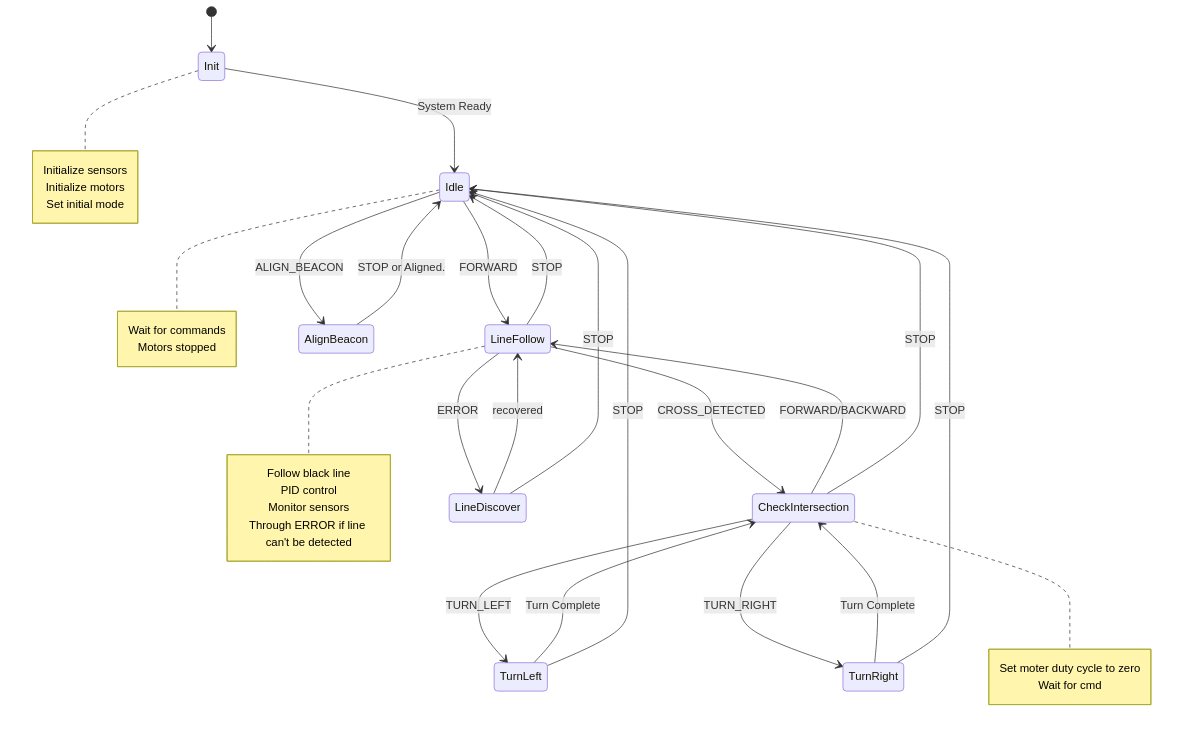
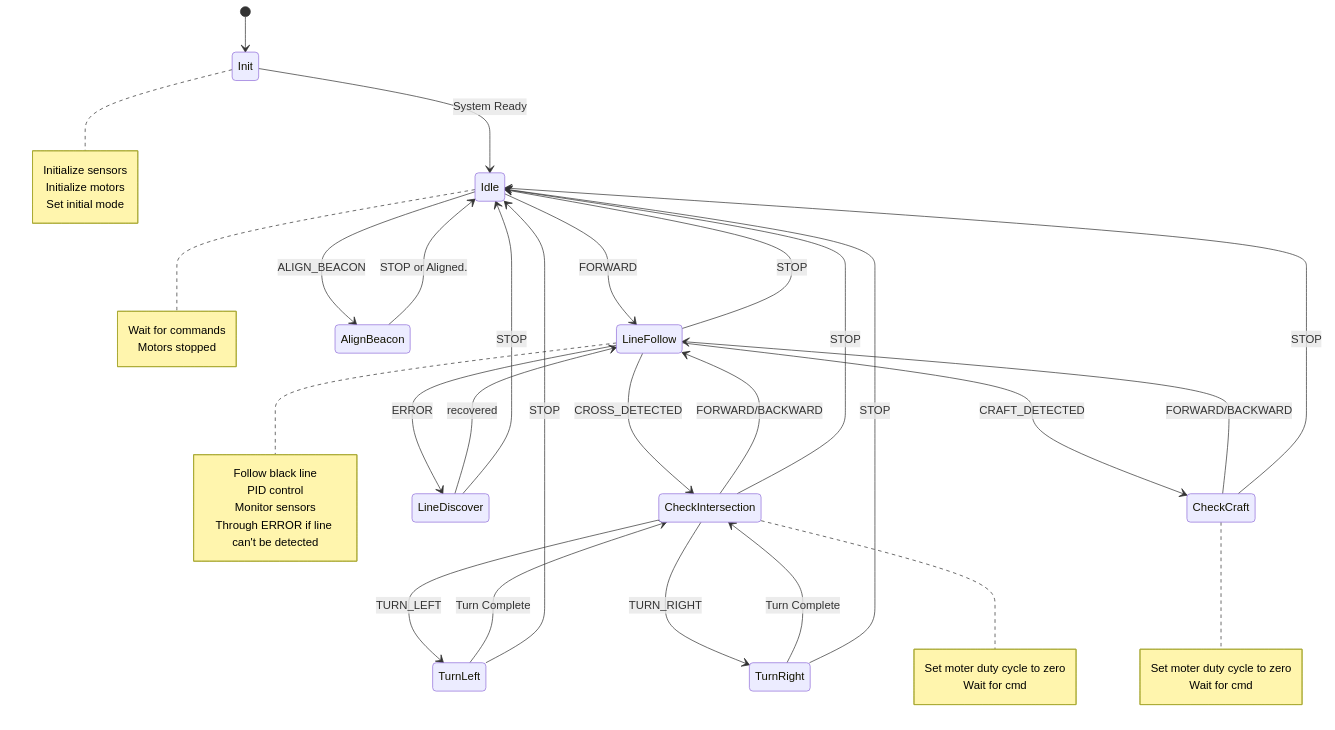
One commit to yuanzhedong/ME218-final changed the diagram in FSM/navigator.md. Above: the diagram before and after it, drawn with Mermaid.

Commit message:
add craft detect state to navigator

````diff
--- a/FSM/navigator.md
+++ b/FSM/navigator.md
@@ -1,51 +1,59 @@
 ```mermaid
 stateDiagram-v2
     [*] --> Init
     
     Init --> Idle: System Ready
     note right of Init
         Initialize sensors
         Initialize motors
         Set initial mode
     end note
 
     Idle --> LineFollow: FORWARD
     Idle --> AlignBeacon: ALIGN_BEACON
     note right of Idle
         Wait for commands
         Motors stopped
     end note
 
     AlignBeacon --> Idle: STOP or Aligned.
 
+    LineFollow --> CheckCraft: CRAFT_DETECTED
     LineFollow --> CheckIntersection: CROSS_DETECTED
     LineFollow --> Idle: STOP
     LineFollow --> LineDiscover: ERROR
     note right of LineFollow
         Follow black line
         PID control
         Monitor sensors
         Through ERROR if line can't be detected
     end note
 
     CheckIntersection --> TurnLeft: TURN_LEFT
     CheckIntersection --> TurnRight: TURN_RIGHT
     CheckIntersection --> LineFollow: FORWARD/BACKWARD
     CheckIntersection --> Idle: STOP
     note right of CheckIntersection
         Set moter duty cycle to zero
         Wait for cmd
     end note
 
     TurnLeft --> CheckIntersection: Turn Complete
     TurnRight --> CheckIntersection: Turn Complete
 
     TurnLeft --> Idle: STOP
     TurnRight --> Idle: STOP
 
     LineDiscover --> LineFollow: recovered
     LineDiscover --> Idle: STOP
 
+    CheckCraft --> LineFollow: FORWARD/BACKWARD
+    CheckCraft --> Idle: STOP
+    note right of CheckCraft
+        Set moter duty cycle to zero
+        Wait for cmd
+    end note
+
     
 
 ```
````
